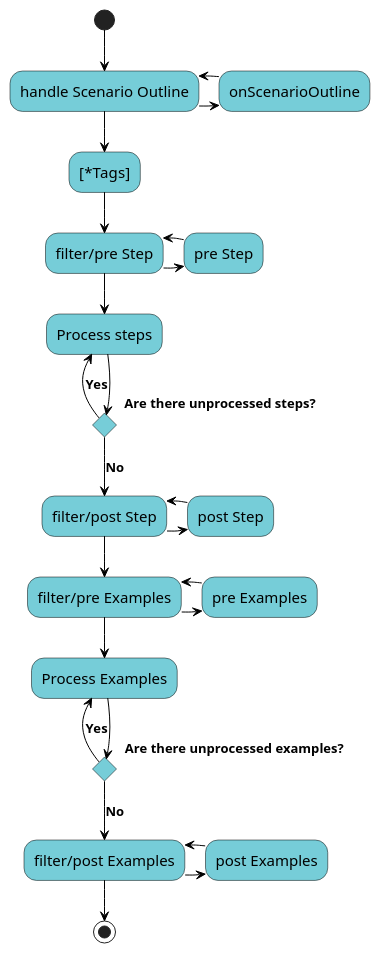
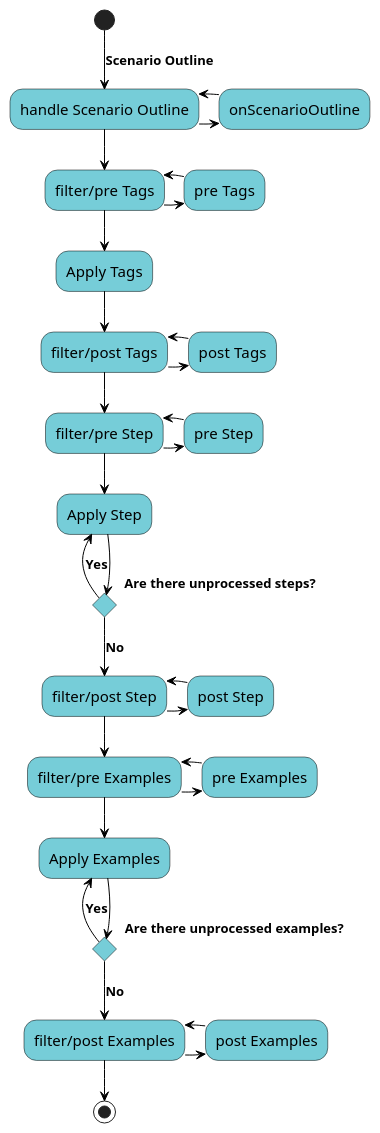
The diagram in src/data/scenarioOutline.puml (gherking/gherking-docs), drawn with PlantUML before and after one commit. The commit also changed 11 other files, not shown here.

Commit message:
plantuml visualization of the precompiler

```diff
--- a/src/data/scenarioOutline.puml
+++ b/src/data/scenarioOutline.puml
@@ -1,37 +1,43 @@
 @startuml
 skinparam activity {
 BackgroundColor #76CDD8
 ArrowColor black
 ArrowFontSize 13
 ArrowFontStyle bold
 ArrowFontName Segoe UI
 BorderColor black
 FontName Segoe UI
 FontSize 15
 }
-(*) --> "handle Scenario Outline"
+(*) -->[Scenario Outline] "handle Scenario Outline"
 -right-> "onScenarioOutline"
 -left-> "handle Scenario Outline"
---> "[*Tags]"
+--> "filter/pre Tags"
+-right-> "pre Tags"
+-left-> "filter/pre Tags"
+--> "Apply Tags"
+--> "filter/post Tags"
+-right-> "post Tags"
+-left-> "filter/post Tags"
 --> "filter/pre Step"
 -right-> "pre Step"
 -left-> "filter/pre Step"
---> "Process steps"
+--> "Apply Step"
 If "Are there unprocessed steps?"
--left-> [Yes] "Process steps"
+-left-> [Yes] "Apply Step"
 else
 --> [No] "filter/post Step"
 -right-> "post Step"
 -left-> "filter/post Step"
 --> "filter/pre Examples"
 -right-> "pre Examples"
 -left-> "filter/pre Examples"
---> "Process Examples"
+--> "Apply Examples"
 If "Are there unprocessed examples?"
--left-> [Yes] "Process Examples"
+-left-> [Yes] "Apply Examples"
 else
 --> [No] "filter/post Examples"
 -right-> "post Examples"
 -left-> "filter/post Examples"
 --> (*)
 @enduml
```
